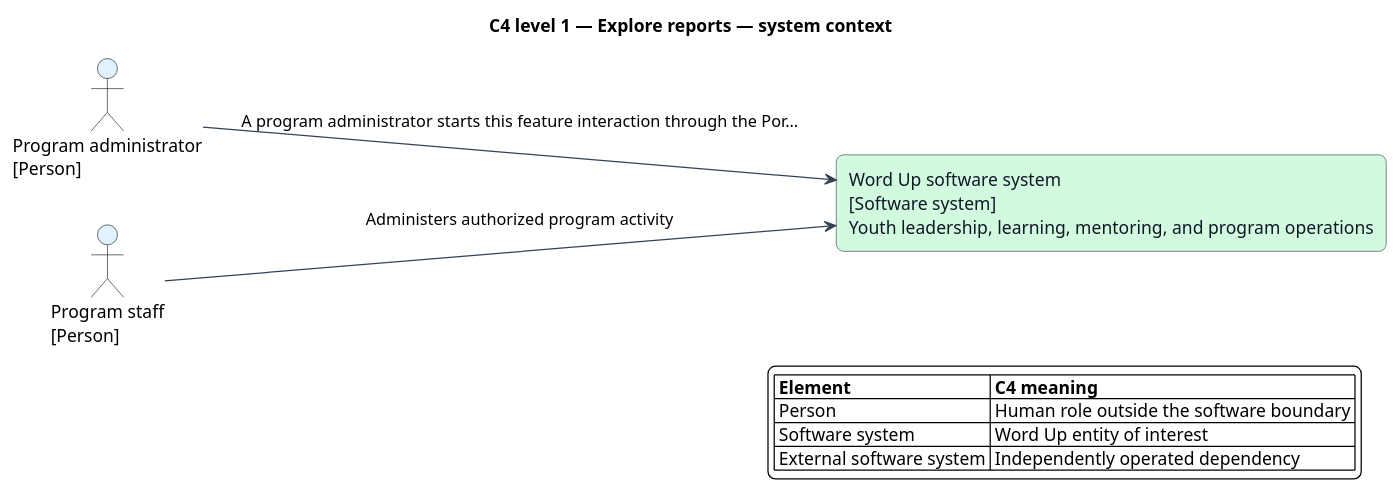
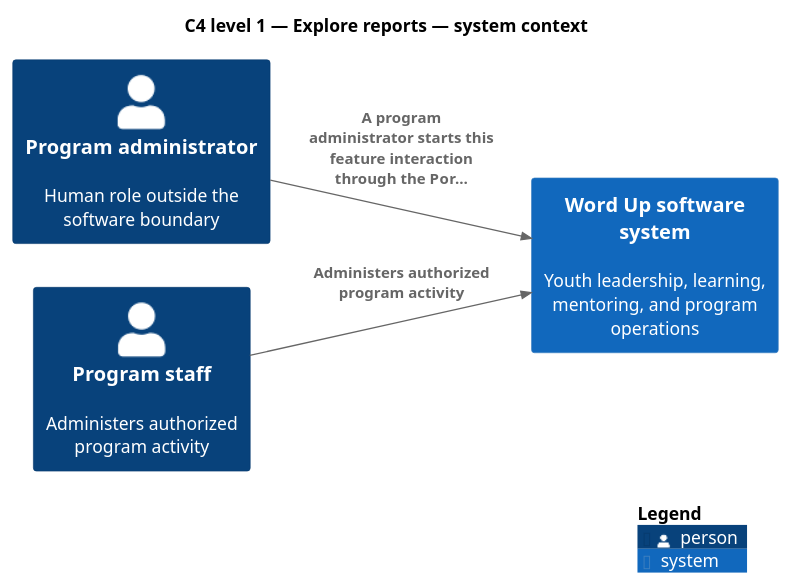
Before and after one commit to QuinntyneBrown/waypoint: the diagram in docs/detailed-designs/reporting-and-data/explore-reports/diagrams/c4-system-context.puml, drawn with PlantUML. The commit also changed 1294 other files, not shown here.

```diff
--- a/docs/detailed-designs/reporting-and-data/explore-reports/diagrams/c4-system-context.puml
+++ b/docs/detailed-designs/reporting-and-data/explore-reports/diagrams/c4-system-context.puml
@@ -1,31 +1,13 @@
 @startuml
-left to right direction
+!include <C4/C4_Component>
+LAYOUT_LEFT_RIGHT()
 title C4 level 1 — Explore reports — system context
-skinparam backgroundColor #FFFFFF
-skinparam shadowing false
-skinparam roundcorner 12
-skinparam defaultFontName Arial
-skinparam ArrowColor #344054
-skinparam rectangle {
-  BorderColor #344054
-  FontColor #101828
-}
-skinparam package {
-  BorderColor #667085
-  FontColor #101828
-  BackgroundColor #F9FAFB
-}
-actor "Program administrator\n[Person]" as primary #E0F2FE
-actor "Program staff\n[Person]" as staff #E0F2FE
-rectangle "Word Up software system\n[Software system]\nYouth leadership, learning, mentoring, and program operations" as wordup #D1FADF
+Person(primary, "Program administrator", "Human role outside the software boundary")
+Person(staff, "Program staff", "Administers authorized program activity")
+System(wordup, "Word Up software system", "Youth leadership, learning, mentoring, and program operations")
 
-primary --> wordup : A program administrator starts this feature interaction through the Por…
-staff --> wordup : Administers authorized program activity
+Rel(primary, wordup, "A program administrator starts this feature interaction through the Por…")
+Rel(staff, wordup, "Administers authorized program activity")
 
-legend right
-  |= Element |= C4 meaning |
-  | Person | Human role outside the software boundary |
-  | Software system | Word Up entity of interest |
-  | External software system | Independently operated dependency |
-endlegend
+SHOW_LEGEND()
 @enduml
```
